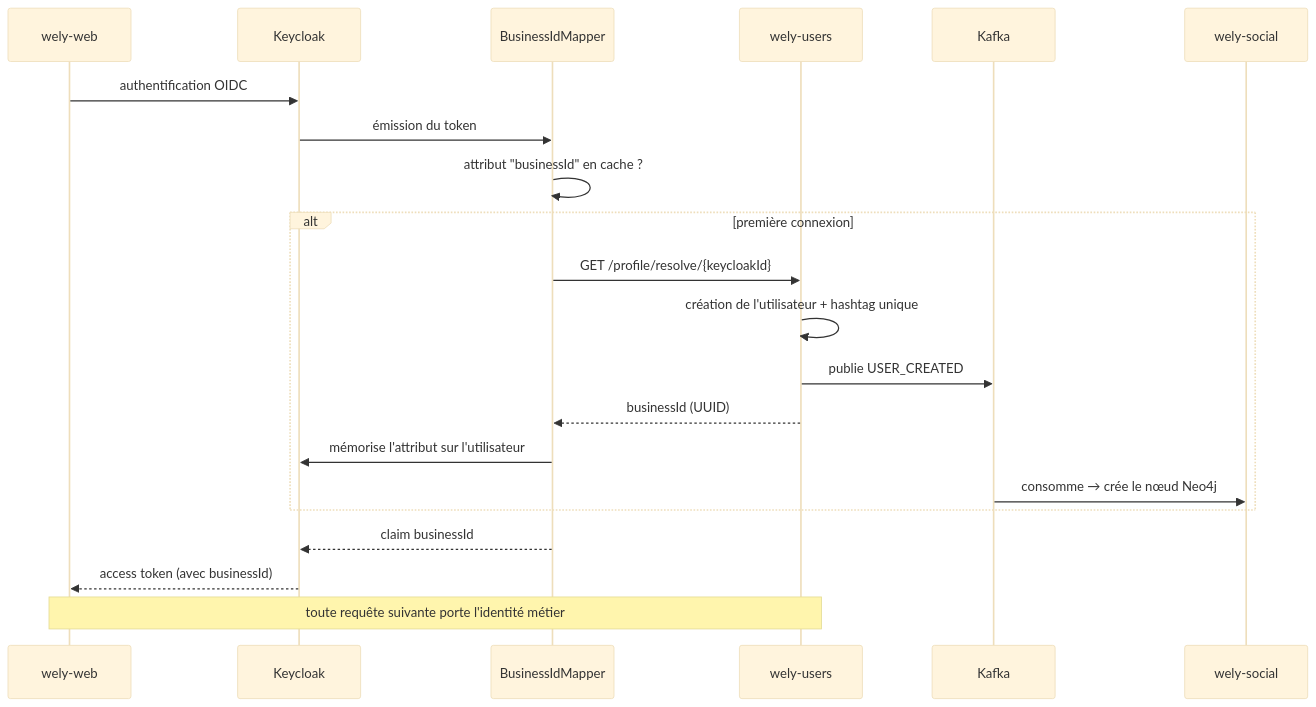
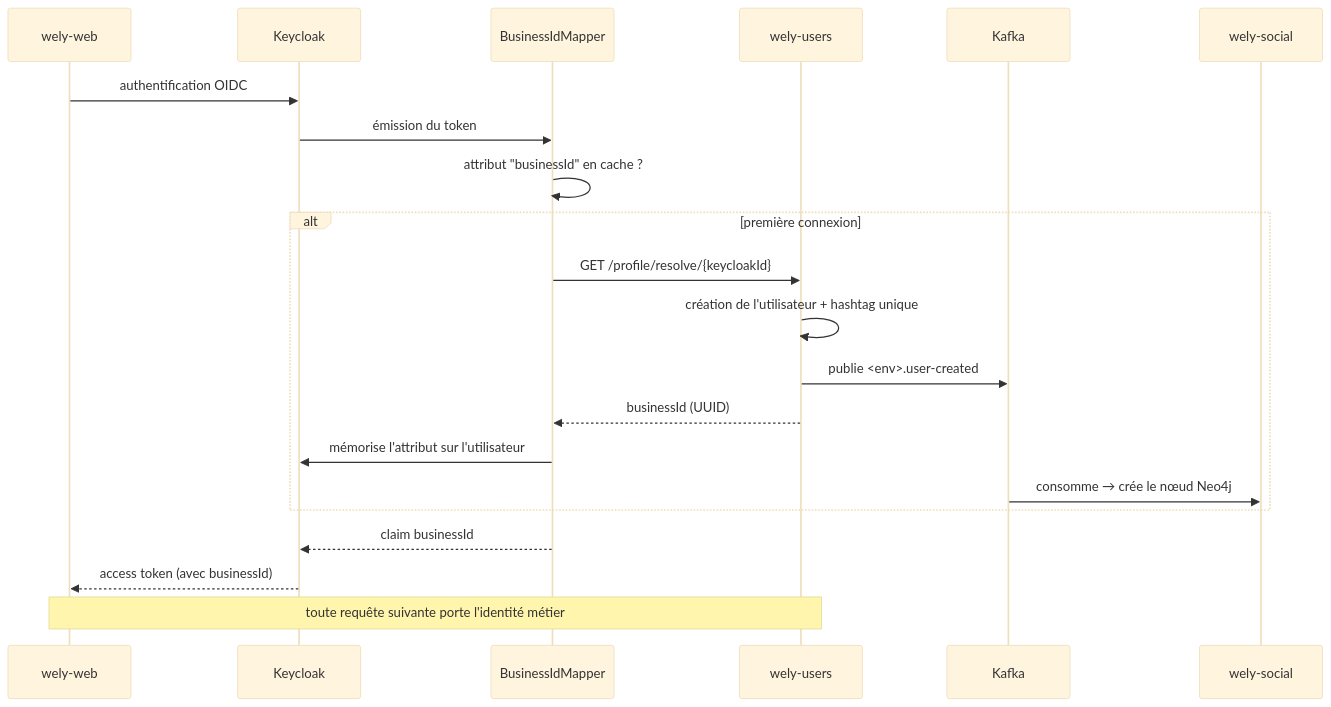
The second of 3 diagrams in README.md (WelyLabs/wely-platform), drawn with Mermaid (base theme) before and after one commit. The commit also changed other lines of this file, not shown here.

````diff
--- a/README.md
+++ b/README.md
@@ -235,24 +237,24 @@
 ```mermaid
 sequenceDiagram
     participant FE as wely-web
     participant KC as Keycloak
     participant M as BusinessIdMapper
     participant U as wely-users
     participant K as Kafka
     participant S as wely-social
 
     FE->>KC: authentification OIDC
     KC->>M: émission du token
     M->>M: attribut "businessId" en cache ?
     alt première connexion
         M->>U: GET /profile/resolve/{keycloakId}
         U->>U: création de l'utilisateur + hashtag unique
-        U->>K: publie USER_CREATED
+        U->>K: publie <env>.user-created
         U-->>M: businessId (UUID)
         M->>KC: mémorise l'attribut sur l'utilisateur
         K->>S: consomme → crée le nœud Neo4j
     end
     M-->>KC: claim businessId
     KC-->>FE: access token (avec businessId)
     Note over FE,U: toute requête suivante porte l'identité métier
 ```
````
